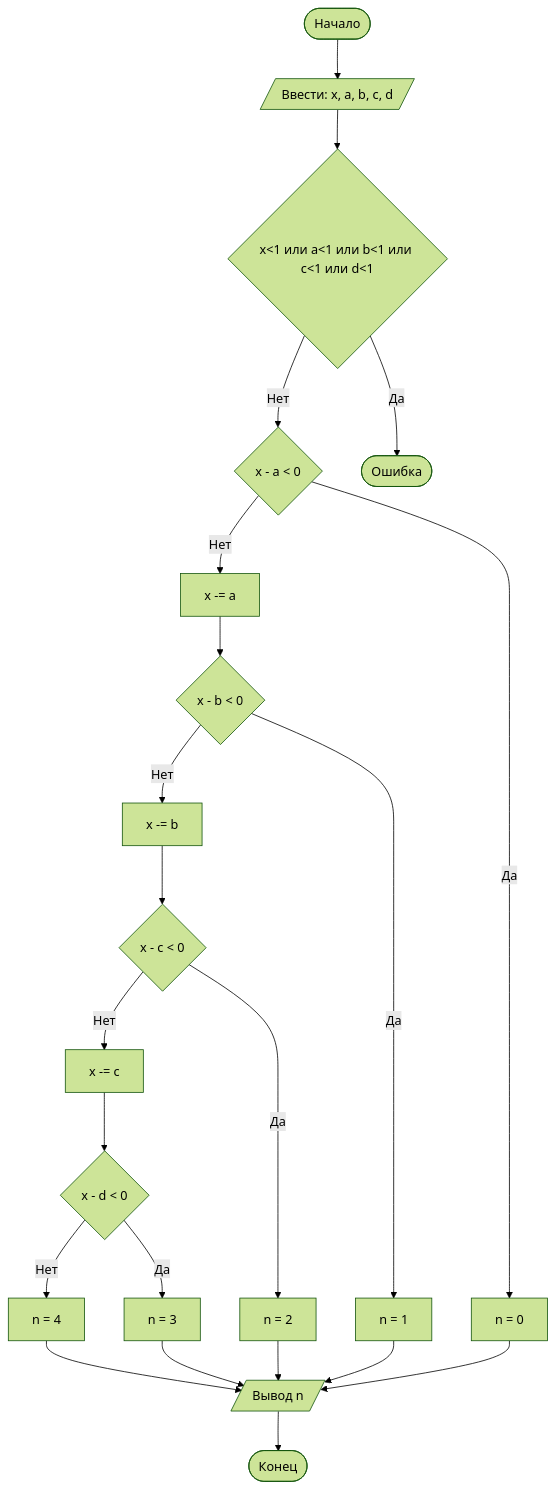
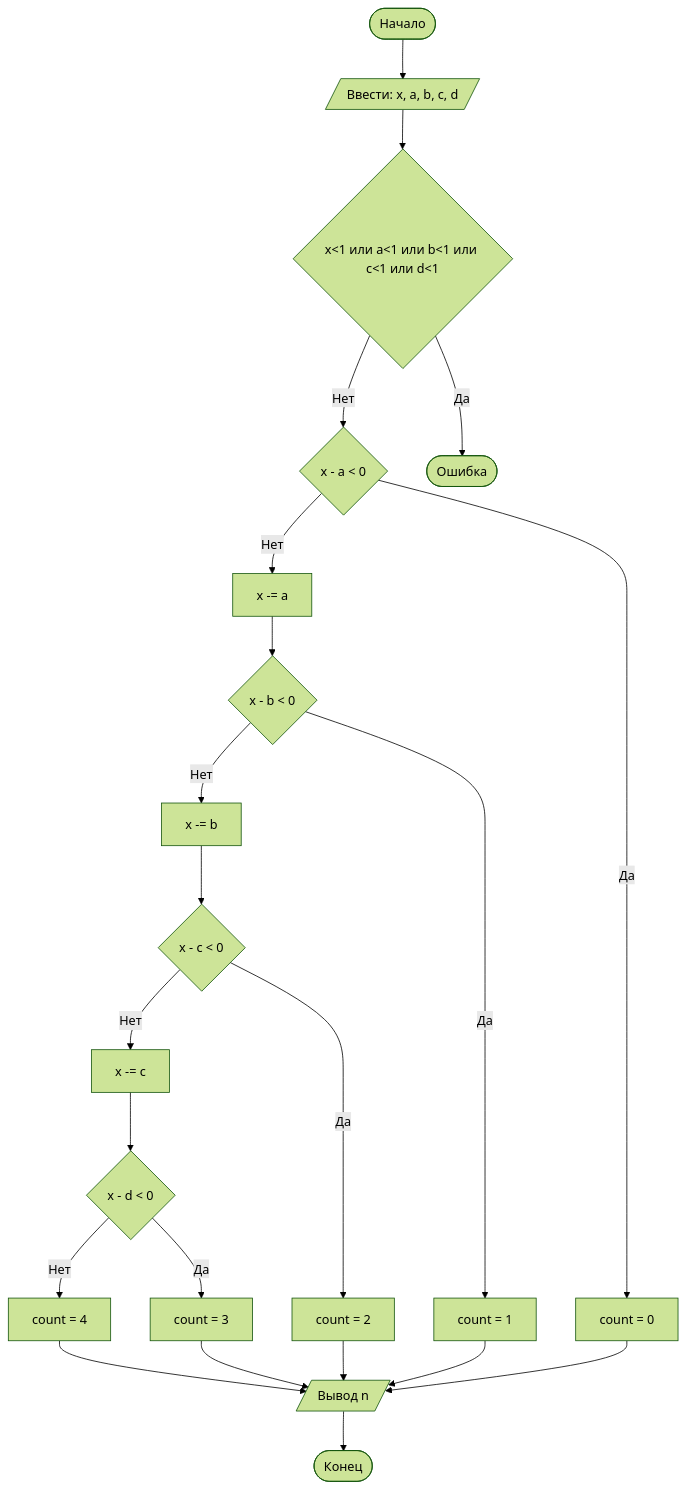
Before and after one commit to Leonidas6310/Lab1: the diagram in README.md, drawn with Mermaid (forest theme). The commit also changed other lines of this file, not shown here.

````diff
--- a/README.md
+++ b/README.md
@@ -107,24 +107,24 @@
 ```mermaid
 flowchart TD
     A([Начало]) --> B[/Ввести: x, a, b, c, d/]
     B --> C{x<1 или a<1 или b<1 или c<1 или d<1}
     C -- Нет --> D{x - a < 0}
     C -- Да --> E([Ошибка])
     D -- Нет --> F[x -= a]
-    D -- Да --> G[n = 0]
+    D -- Да --> G[count = 0]
     F --> H{x - b < 0}
     H -- Нет --> I[x -= b]
-    H -- Да --> J[n = 1]
+    H -- Да --> J[count = 1]
     I --> K{x - c < 0}
     K -- Нет --> L[x -= c]
-    K -- Да --> M[n = 2]
+    K -- Да --> M[count = 2]
     L --> N{x - d < 0}
-    N -- Нет --> O[n = 4]
-    N -- Да --> P[n = 3]
+    N -- Нет --> O[count = 4]
+    N -- Да --> P[count = 3]
     G --> Q[/Вывод n/]
     M --> Q
     J --> Q
     O --> Q
     P --> Q
     Q --> R([Конец])
 ```
````
